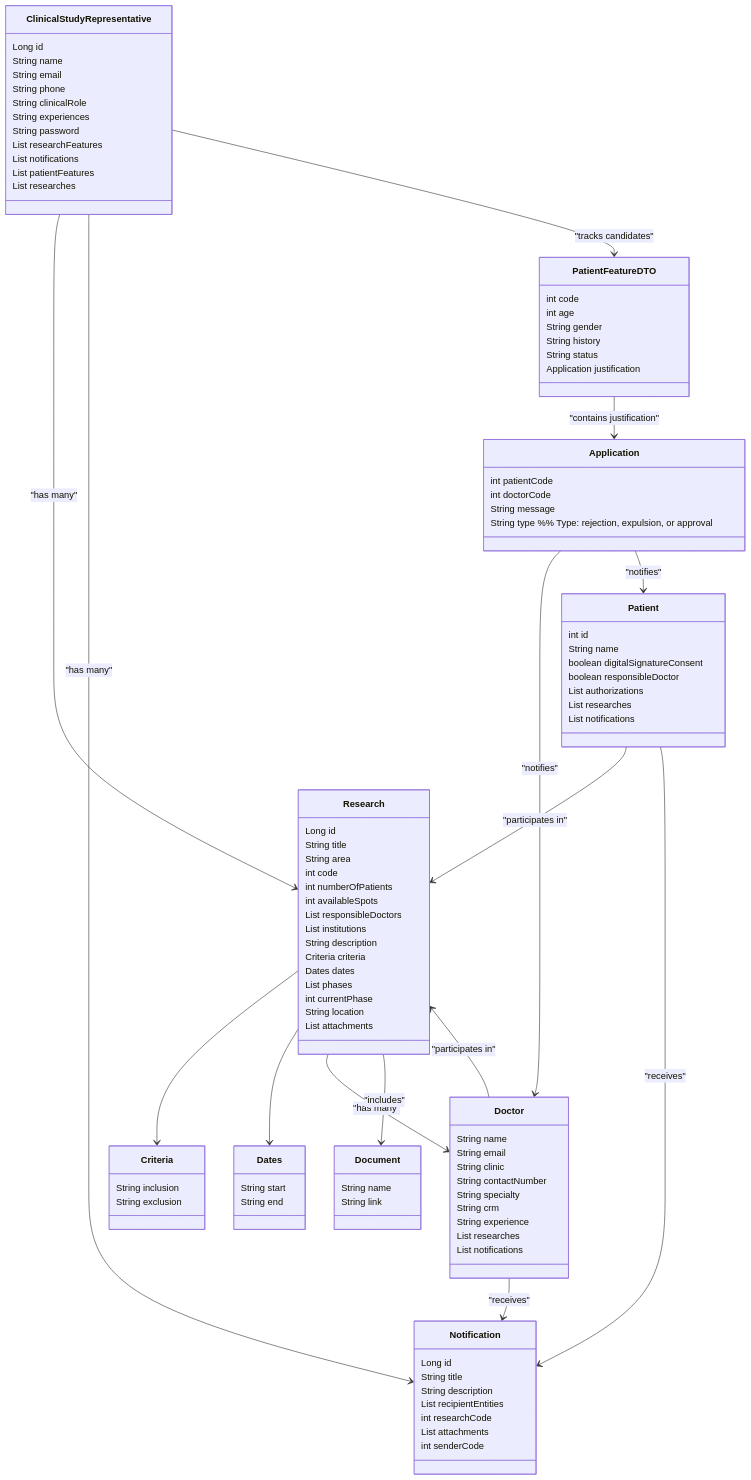
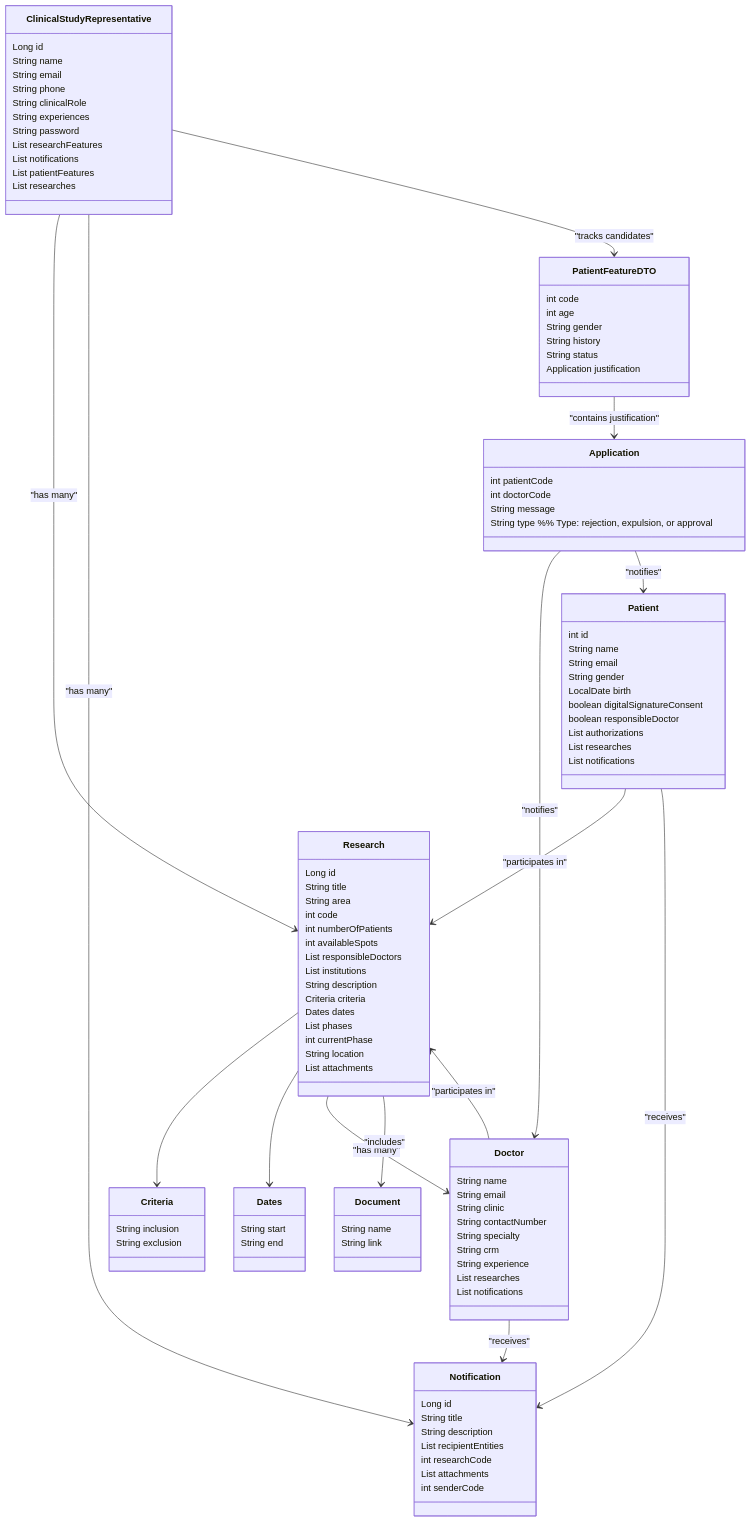
The third of 15 diagrams in README.md (andrefilipe1310/inovamed-), drawn with Mermaid before and after one commit.

```diff
--- a/README.md
+++ b/README.md
@@ -103,6 +103,9 @@
     class Patient {
         int id
         String name
+        String email
+        String gender
+        LocalDate birth
         boolean digitalSignatureConsent
         boolean responsibleDoctor
         List<String> authorizations
```
